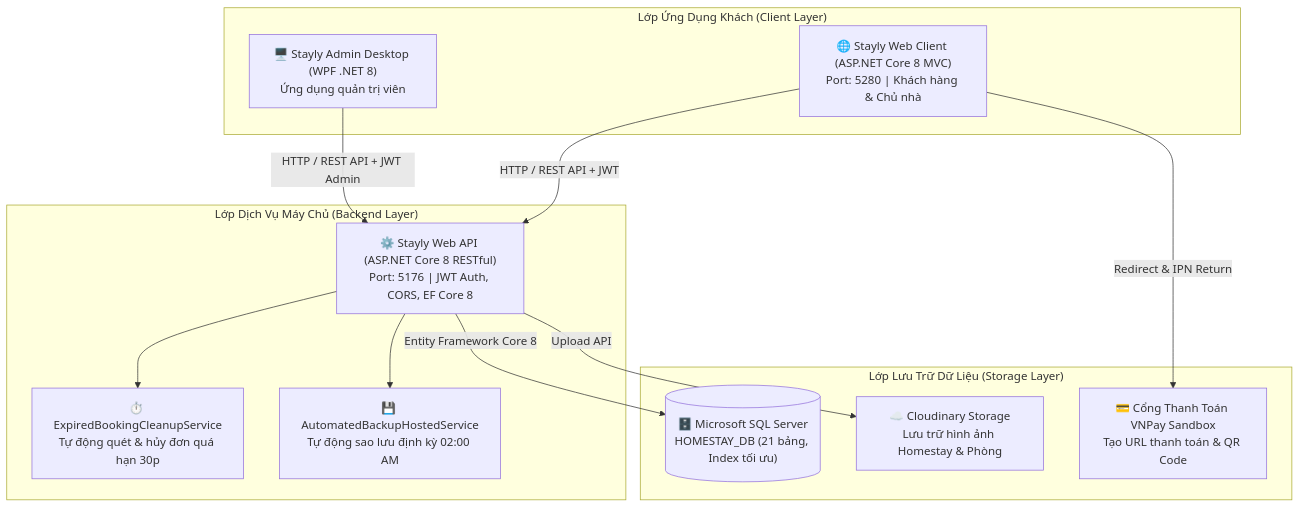
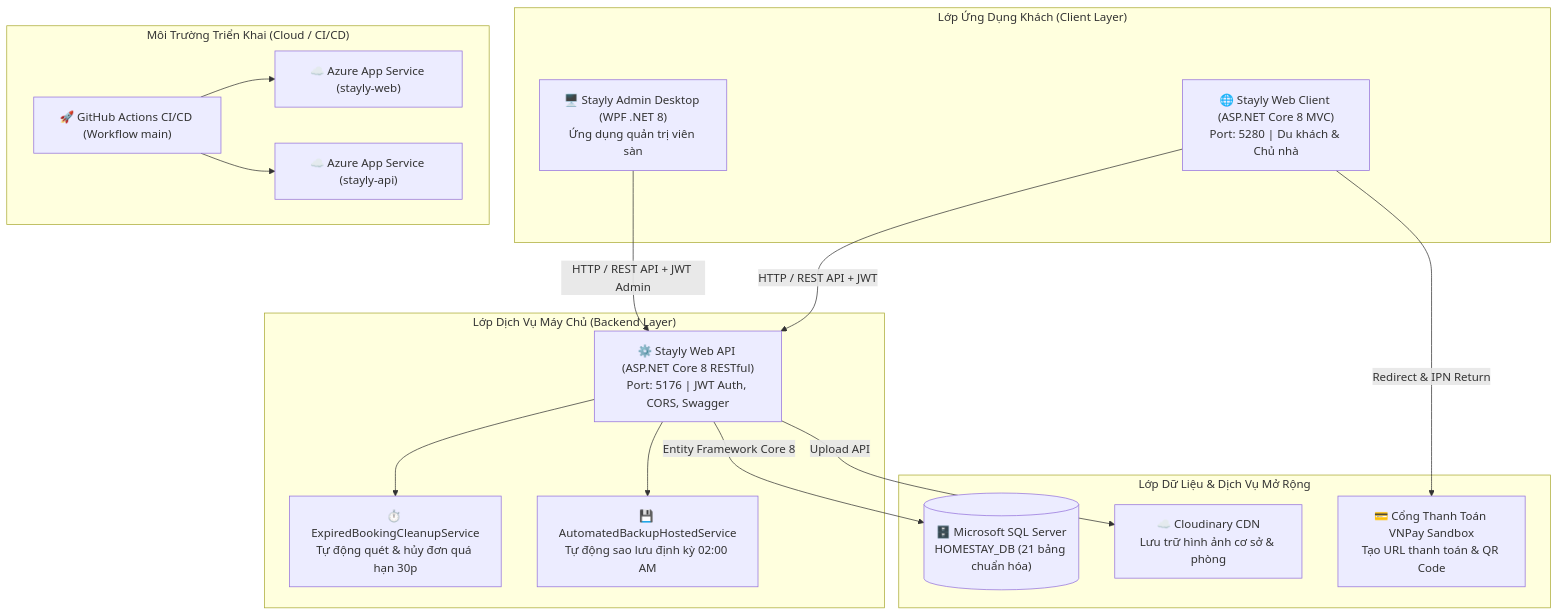
The diagram in README.md (ntruongg/Homestay), drawn with Mermaid before and after one commit. The commit also changed other lines of this file and 5 other files, not shown here.

Commit message:
docs & db: cap nhat toan dien cac file readme, script HOMESTAY_DB.sql va script don dep clean_solution truoc khi nen nop

````diff
--- a/README.md
+++ b/README.md
@@ -20,27 +38,35 @@
 ```mermaid
 graph TD
     subgraph Clients ["Lớp Ứng Dụng Khách (Client Layer)"]
-        WebGuest["🌐 Stayly Web Client (ASP.NET Core 8 MVC)<br>Port: 5280 | Khách hàng & Chủ nhà"]
-        WpfAdmin["🖥️ Stayly Admin Desktop (WPF .NET 8)<br>Ứng dụng quản trị viên"]
+        WebGuest["🌐 Stayly Web Client (ASP.NET Core 8 MVC)<br>Port: 5280 | Du khách & Chủ nhà"]
+        WpfAdmin["🖥️ Stayly Admin Desktop (WPF .NET 8)<br>Ứng dụng quản trị viên sàn"]
     end
 
     subgraph Backend ["Lớp Dịch Vụ Máy Chủ (Backend Layer)"]
-        API["⚙️ Stayly Web API (ASP.NET Core 8 RESTful)<br>Port: 5176 | JWT Auth, CORS, EF Core 8"]
+        API["⚙️ Stayly Web API (ASP.NET Core 8 RESTful)<br>Port: 5176 | JWT Auth, CORS, Swagger"]
         CleanupService["⏱️ ExpiredBookingCleanupService<br>Tự động quét & hủy đơn quá hạn 30p"]
         BackupService["💾 AutomatedBackupHostedService<br>Tự động sao lưu định kỳ 02:00 AM"]
     end
 
-    subgraph Storage ["Lớp Lưu Trữ Dữ Liệu (Storage Layer)"]
-        DB[("🗄️ Microsoft SQL Server<br>HOMESTAY_DB (21 bảng, Index tối ưu)")]
-        Cloudinary["☁️ Cloudinary Storage<br>Lưu trữ hình ảnh Homestay & Phòng"]
+    subgraph Storage ["Lớp Dữ Liệu & Dịch Vụ Mở Rộng"]
+        DB[("🗄️ Microsoft SQL Server<br>HOMESTAY_DB (21 bảng chuẩn hóa)")]
+        Cloudinary["☁️ Cloudinary CDN<br>Lưu trữ hình ảnh cơ sở & phòng"]
         VNPay["💳 Cổng Thanh Toán VNPay Sandbox<br>Tạo URL thanh toán & QR Code"]
+    end
+
+    subgraph Deployment ["Môi Trường Triển Khai (Cloud / CI/CD)"]
+        AzureWeb["☁️ Azure App Service (stayly-web)"]
+        AzureApi["☁️ Azure App Service (stayly-api)"]
+        GitHubActions["🚀 GitHub Actions CI/CD (Workflow main)"]
     end
 
     WebGuest -- "HTTP / REST API + JWT" --> API
     WpfAdmin -- "HTTP / REST API + JWT Admin" --> API
     API --> CleanupService
     API --> BackupService
     API -- "Entity Framework Core 8" --> DB
     API -- "Upload API" --> Cloudinary
     WebGuest -- "Redirect & IPN Return" --> VNPay
+    GitHubActions --> AzureWeb
+    GitHubActions --> AzureApi
 ```
````
